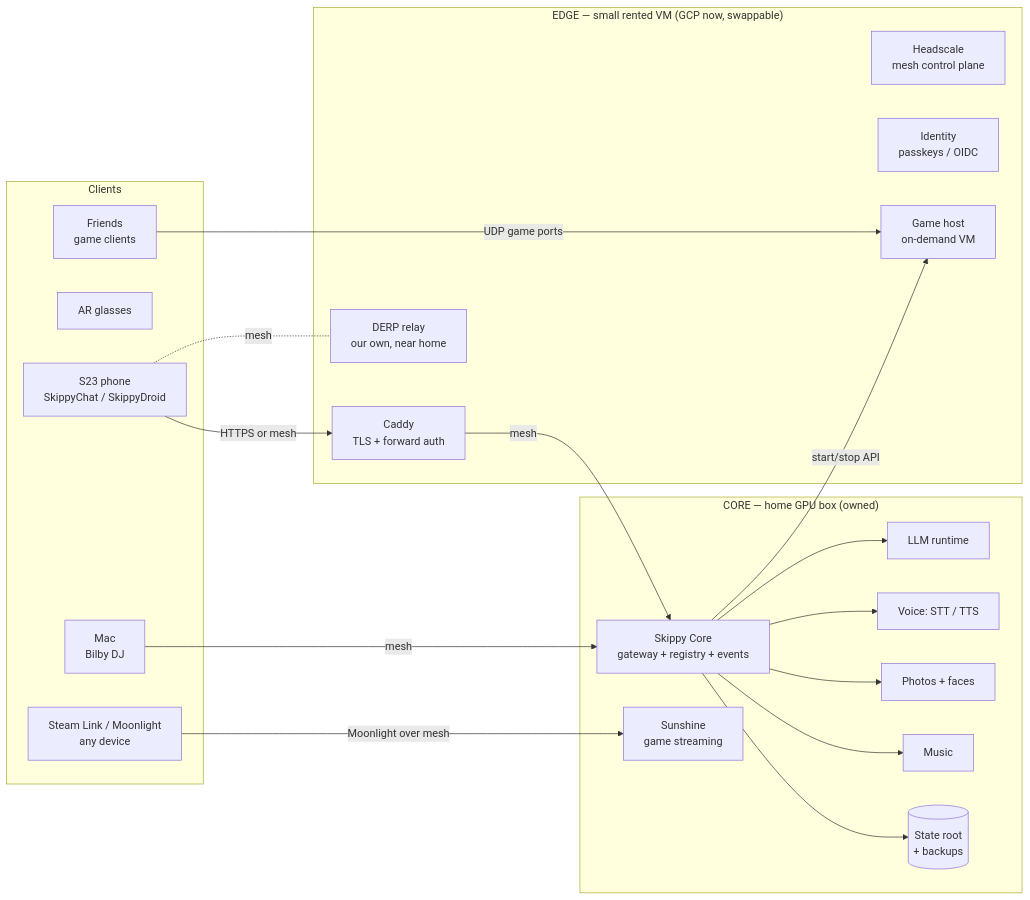
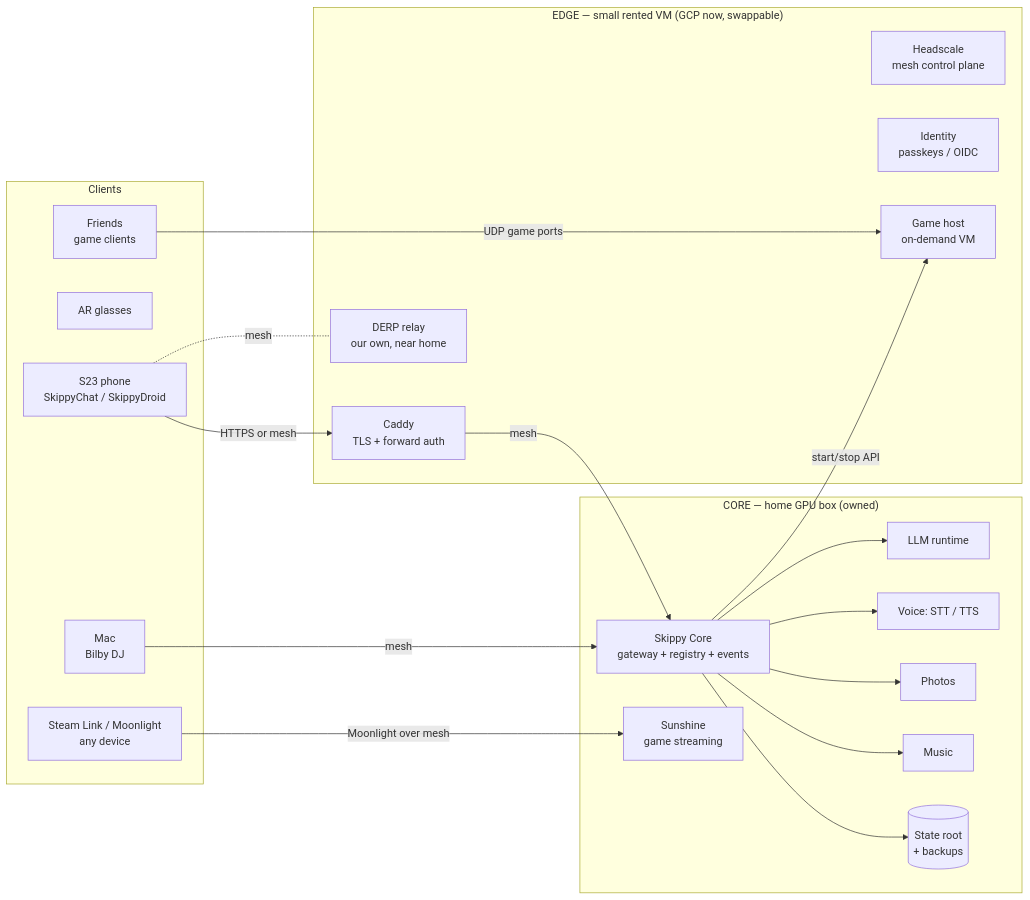
The diagram in docs/v2/CHARTER.md (aaronsrhodes2/skippy-tel), drawn with Mermaid before and after one commit. The commit also changed other lines of this file and 24 other files, not shown here.

First line of the commit message:
Drop face recognition: remove InsightFace and /heybuddy from the architecture and plan

````diff
--- a/docs/v2/CHARTER.md
+++ b/docs/v2/CHARTER.md
@@ -55,37 +55,37 @@
 ```mermaid
 flowchart LR
   subgraph Clients
     P[S23 phone<br/>SkippyChat / SkippyDroid]
     G[AR glasses]
     M[Mac<br/>Bilby DJ]
     L[Steam Link / Moonlight<br/>any device]
     F[Friends<br/>game clients]
   end
 
   subgraph Edge["EDGE — small rented VM (GCP now, swappable)"]
     C[Caddy<br/>TLS + forward auth]
     H[Headscale<br/>mesh control plane]
     D[DERP relay<br/>our own, near home]
     I[Identity<br/>passkeys / OIDC]
     GS[Game host<br/>on-demand VM]
   end
 
   subgraph Core["CORE — home GPU box (owned)"]
     K[Skippy Core<br/>gateway + registry + events]
     LLM[LLM runtime]
     V[Voice: STT / TTS]
-    PH[Photos + faces]
+    PH[Photos]
     MU[Music]
     ST[Sunshine<br/>game streaming]
     DB[(State root<br/>+ backups)]
   end
 
   P -- HTTPS or mesh --> C
   P -. mesh .- D
   C -- mesh --> K
   F -- UDP game ports --> GS
   L -- Moonlight over mesh --> ST
   M -- mesh --> K
   K --> LLM & V & PH & MU & DB
   K -- start/stop API --> GS
 ```
````
